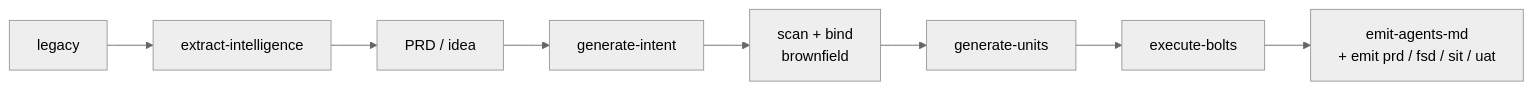
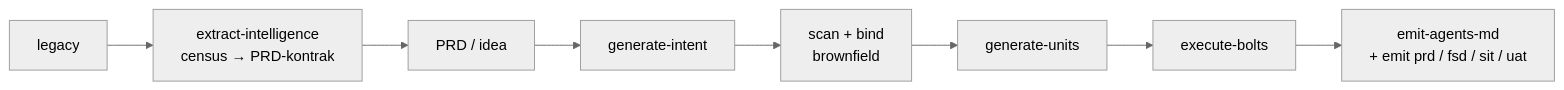
The first of 2 diagrams in plugins/mega-sdd/README.md (FarhanRiuzaki/Mega-SDD), drawn with Mermaid (neutral theme) before and after one commit. The commit also changed other lines of this file and 15 other files, not shown here.

First line of the commit message:
release(7.6.0): docs sweep to PRD-kontrak grammar + revamp trigger + version bump (spec step 5)

````diff
--- a/plugins/mega-sdd/README.md
+++ b/plugins/mega-sdd/README.md
@@ -50,7 +50,7 @@
 ```mermaid
 flowchart LR
-    LEG[legacy] --> EXT[extract-intelligence]
+    LEG[legacy] --> EXT["extract-intelligence<br/>census → PRD-kontrak"]
     EXT --> PRD[PRD / idea] --> GI[generate-intent]
     GI --> SB[scan + bind<br/>brownfield] --> GU[generate-units] --> EB[execute-bolts]
     EB --> EMIT[emit-agents-md<br/>+ emit prd / fsd / sit / uat]
 ```
````
